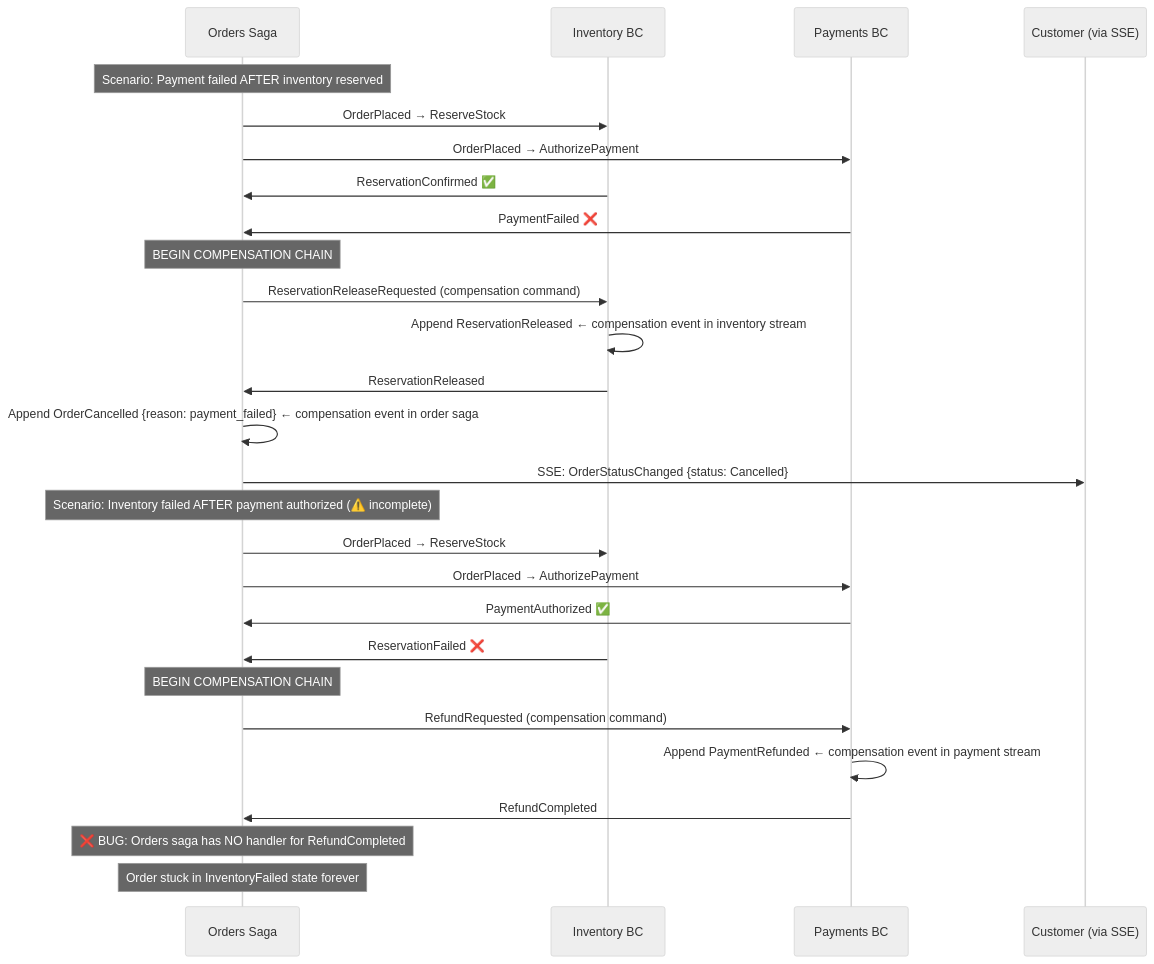
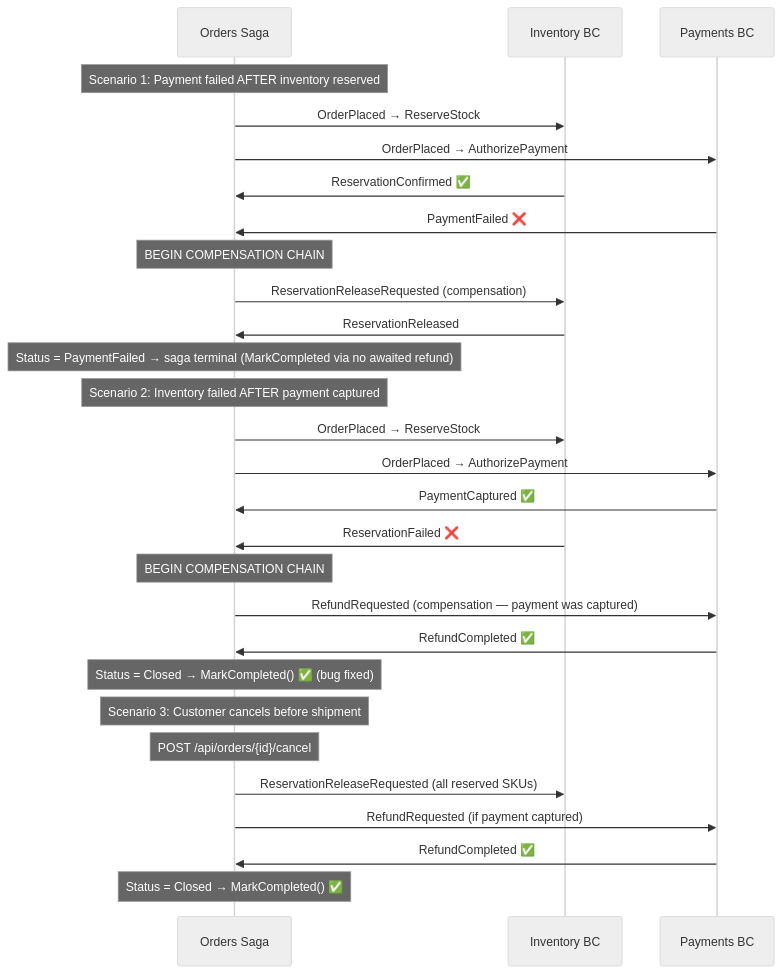
Before and after one commit to erikshafer/CritterSupply: the third of 8 diagrams in src/Orders/Orders.Api/README.md, drawn with Mermaid (neutral theme). The commit also changed other lines of this file and 19 other files, not shown here.

First line of the commit message:
Improve Order Saga: Multi-SKU Tracking, Return Window Lifecycle, Cancellation, Compensation, Idempotency & Docs (#171)

````diff
--- a/src/Orders/Orders.Api/README.md
+++ b/src/Orders/Orders.Api/README.md
@@ -111,34 +108,35 @@
 ```mermaid
 sequenceDiagram
     participant Orders as Orders Saga
     participant Inventory as Inventory BC
     participant Payments as Payments BC
-    participant Customer as Customer (via SSE)
 
-    Note over Orders: Scenario: Payment failed AFTER inventory reserved
+    Note over Orders: Scenario 1: Payment failed AFTER inventory reserved
     Orders->>Inventory: OrderPlaced → ReserveStock
     Orders->>Payments: OrderPlaced → AuthorizePayment
     Inventory->>Orders: ReservationConfirmed ✅
     Payments->>Orders: PaymentFailed ❌
 
     Note over Orders: BEGIN COMPENSATION CHAIN
-    Orders->>Inventory: ReservationReleaseRequested (compensation command)
-    Inventory->>Inventory: Append ReservationReleased ← compensation event in inventory stream
+    Orders->>Inventory: ReservationReleaseRequested (compensation)
     Inventory->>Orders: ReservationReleased
+    Note over Orders: Status = PaymentFailed → saga terminal (MarkCompleted via no awaited refund)
 
-    Orders->>Orders: Append OrderCancelled {reason: payment_failed} ← compensation event in order saga
-    Orders->>Customer: SSE: OrderStatusChanged {status: Cancelled}
-
-    Note over Orders: Scenario: Inventory failed AFTER payment authorized (⚠️ incomplete)
+    Note over Orders: Scenario 2: Inventory failed AFTER payment captured
     Orders->>Inventory: OrderPlaced → ReserveStock
     Orders->>Payments: OrderPlaced → AuthorizePayment
-    Payments->>Orders: PaymentAuthorized ✅
+    Payments->>Orders: PaymentCaptured ✅
     Inventory->>Orders: ReservationFailed ❌
 
     Note over Orders: BEGIN COMPENSATION CHAIN
-    Orders->>Payments: RefundRequested (compensation command)
-    Payments->>Payments: Append PaymentRefunded ← compensation event in payment stream
-    Payments->>Orders: RefundCompleted
-    Note over Orders: ❌ BUG: Orders saga has NO handler for RefundCompleted
-    Note over Orders: Order stuck in InventoryFailed state forever
+    Orders->>Payments: RefundRequested (compensation — payment was captured)
+    Payments->>Orders: RefundCompleted ✅
+    Note over Orders: Status = Closed → MarkCompleted() ✅ (bug fixed)
+
+    Note over Orders: Scenario 3: Customer cancels before shipment
+    Note over Orders: POST /api/orders/{id}/cancel
+    Orders->>Inventory: ReservationReleaseRequested (all reserved SKUs)
+    Orders->>Payments: RefundRequested (if payment captured)
+    Payments->>Orders: RefundCompleted ✅
+    Note over Orders: Status = Closed → MarkCompleted() ✅
 ```
````
